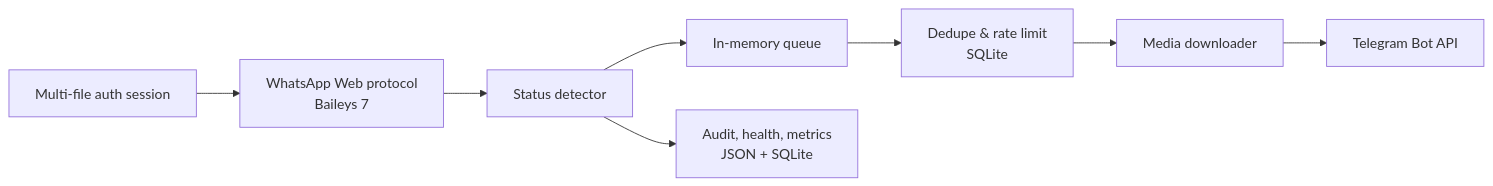
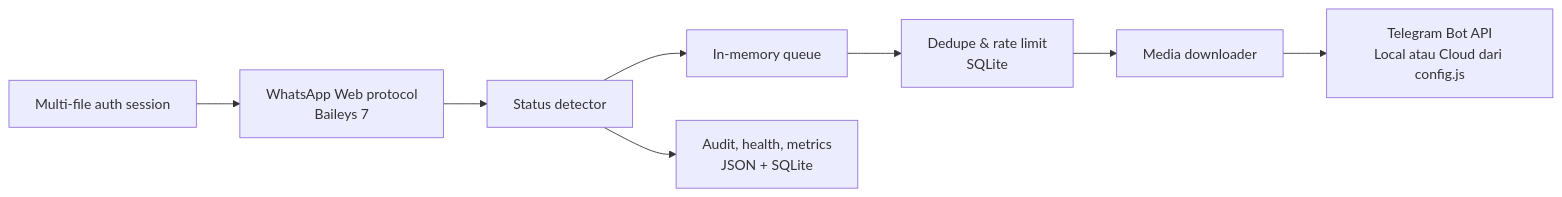
The diagram in README.md (JohnIsDimz/Wa-Status-Forwarder), drawn with Mermaid before and after one commit. The commit also changed other lines of this file and 2 other files, not shown here.

Commit message:
feat: support local Telegram Bot API

````diff
--- a/README.md
+++ b/README.md
@@ -68,10 +68,11 @@
 ```mermaid
 flowchart LR
     WA[WhatsApp Web protocol\nBaileys 7] --> RX[Status detector]
     RX --> Q[In-memory queue]
     Q --> D[Dedupe & rate limit\nSQLite]
     D --> M[Media downloader]
-    M --> TG[Telegram Bot API]
+    M --> TG[Telegram Bot API\nLocal atau Cloud dari config.js]
+
     RX --> AUD[Audit, health, metrics\nJSON + SQLite]
     SES[Multi-file auth session] --> WA
 ```
````
